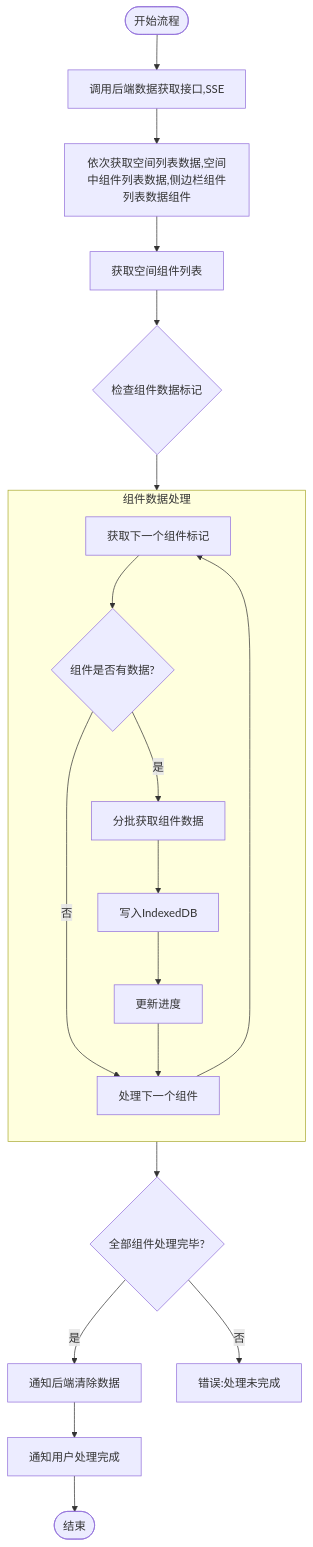
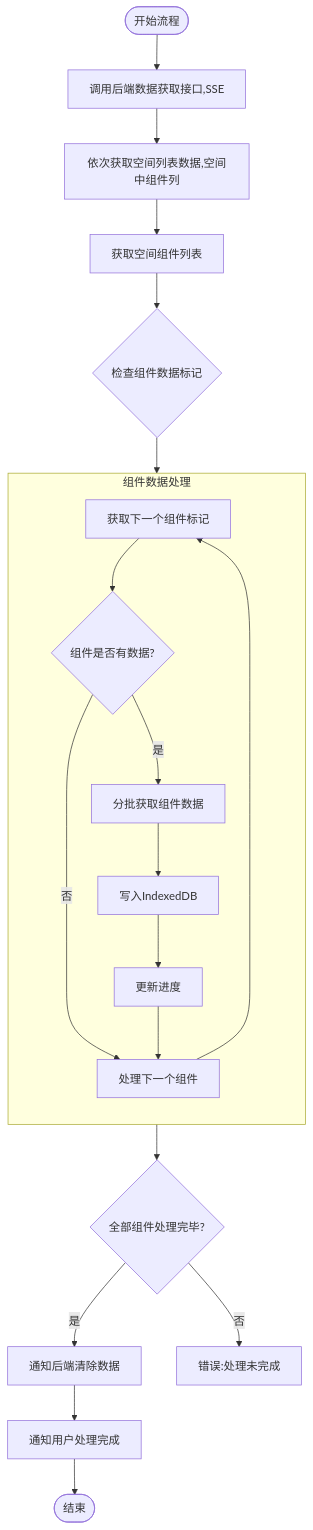
One commit to yingjianzh/iodraw-files changed the diagram in all/未命名-59.md. Above: the diagram before and after it, drawn with Mermaid.

Commit message:
2025-05-14 14:51:54 update

````diff
--- a/all/未命名-59.md
+++ b/all/未命名-59.md
@@ -1,29 +1,29 @@
 ```mermaid
 
 flowchart TD
     Start([开始流程]) --> FetchData[调用后端数据获取接口,SSE]
-    FetchData --> FetchSpaceData[依次获取空间列表数据,空间中组件列表数据,侧边栏组件列表数据组件]
+    FetchData --> FetchSpaceData[依次获取空间列表数据,空间中组件列]
     FetchSpaceData --> FetchComponentList[获取空间组件列表]
     FetchComponentList --> CheckComponentData{检查组件数据标记}
     
     subgraph ComponentProcess [组件数据处理]
         direction TB
         A[获取下一个组件标记] --> B{组件是否有数据?}
         B -->|否| NextComponent[处理下一个组件]
         B -->|是| C[分批获取组件数据]
         C --> D[写入IndexedDB]
         D --> UpdateProgress[更新进度]
         UpdateProgress --> NextComponent
         NextComponent --> A
     end
     
     CheckComponentData --> ComponentProcess
     ComponentProcess --> AllComponentsProcessed{全部组件处理完毕?}
     
     AllComponentsProcessed -->|是| ClearServerData[通知后端清除数据]
     AllComponentsProcessed -->|否| Error3[错误:处理未完成]
     
     ClearServerData --> CompletionNotification[通知用户处理完成]
     CompletionNotification --> End([结束])
 
 ```
````
